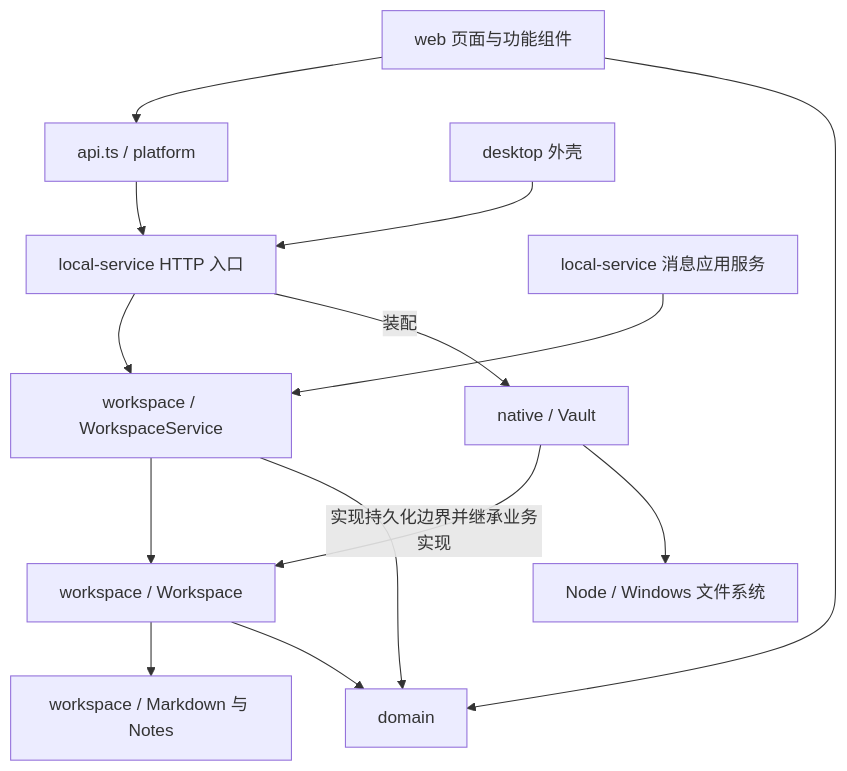
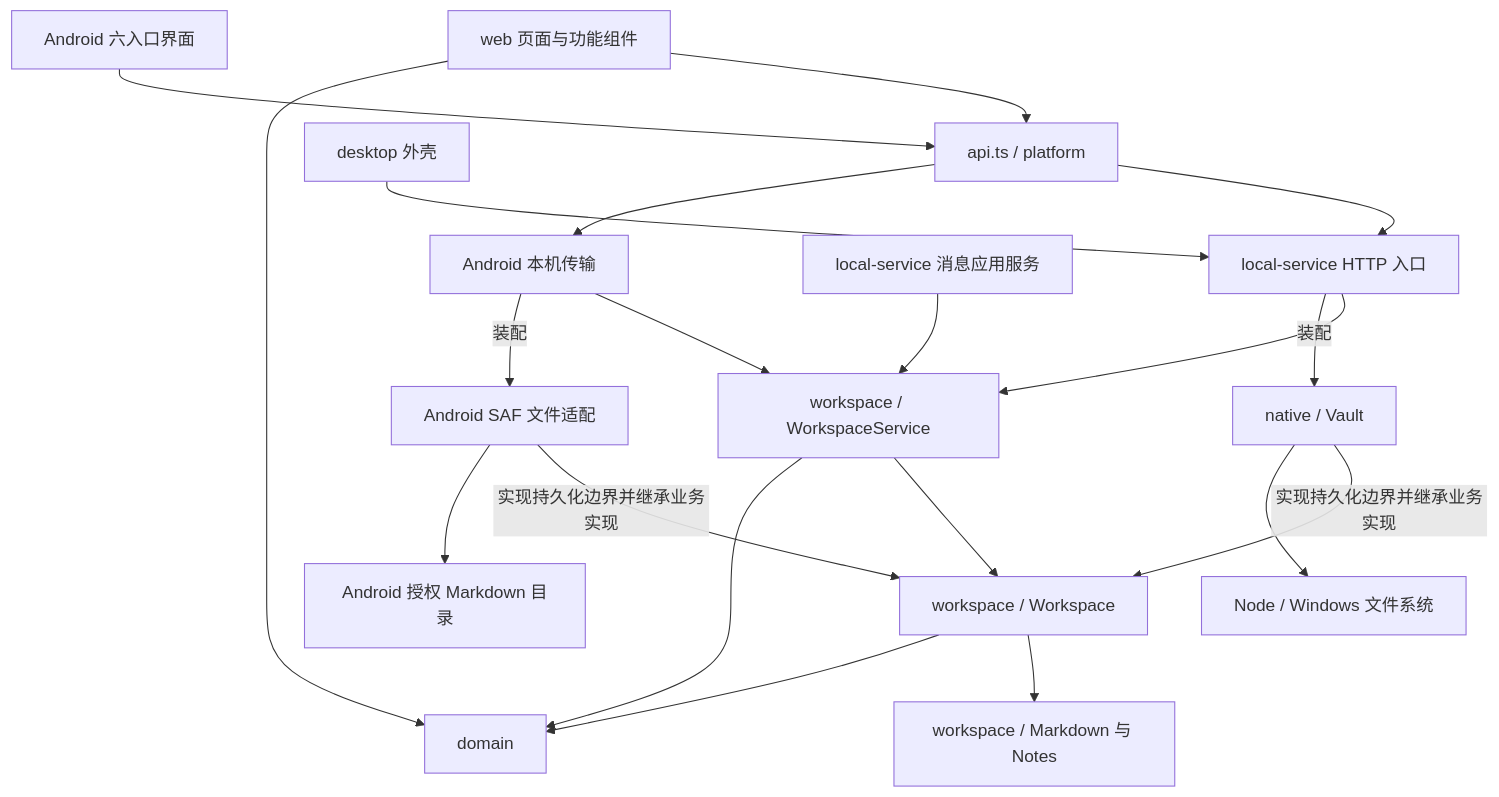
One commit to weiraemon/TRACE_WorkLifeBalance changed the diagram in docs/architecture/repository.md. Above: the diagram before and after it, drawn with Mermaid. The commit also changed other lines of this file and 65 other files, not shown here.

````diff
--- a/docs/architecture/repository.md
+++ b/docs/architecture/repository.md
@@ -30,16 +46,22 @@
 ```mermaid
 flowchart TD
   UI[web 页面与功能组件] --> Client[api.ts / platform]
   Client --> HTTP[local-service HTTP 入口]
+  Mobile[Android 六入口界面] --> Client
+  Client --> Local[Android 本机传输]
   Electron[desktop 外壳] --> HTTP
   HTTP --> Service[workspace / WorkspaceService]
+  Local --> Service
   Intake[local-service 消息应用服务] --> Service
   Service --> Core[workspace / Workspace]
   Node[native / Vault] -->|实现持久化边界并继承业务实现| Core
   HTTP -->|装配| Node
   Node --> FS[Node / Windows 文件系统]
+  SAF[Android SAF 文件适配] -->|实现持久化边界并继承业务实现| Core
+  Local -->|装配| SAF
+  SAF --> AndroidFS[Android 授权 Markdown 目录]
   Core --> Format[workspace / Markdown 与 Notes]
   Service --> Domain[domain]
   Core --> Domain
   UI --> Domain
 ```
````
